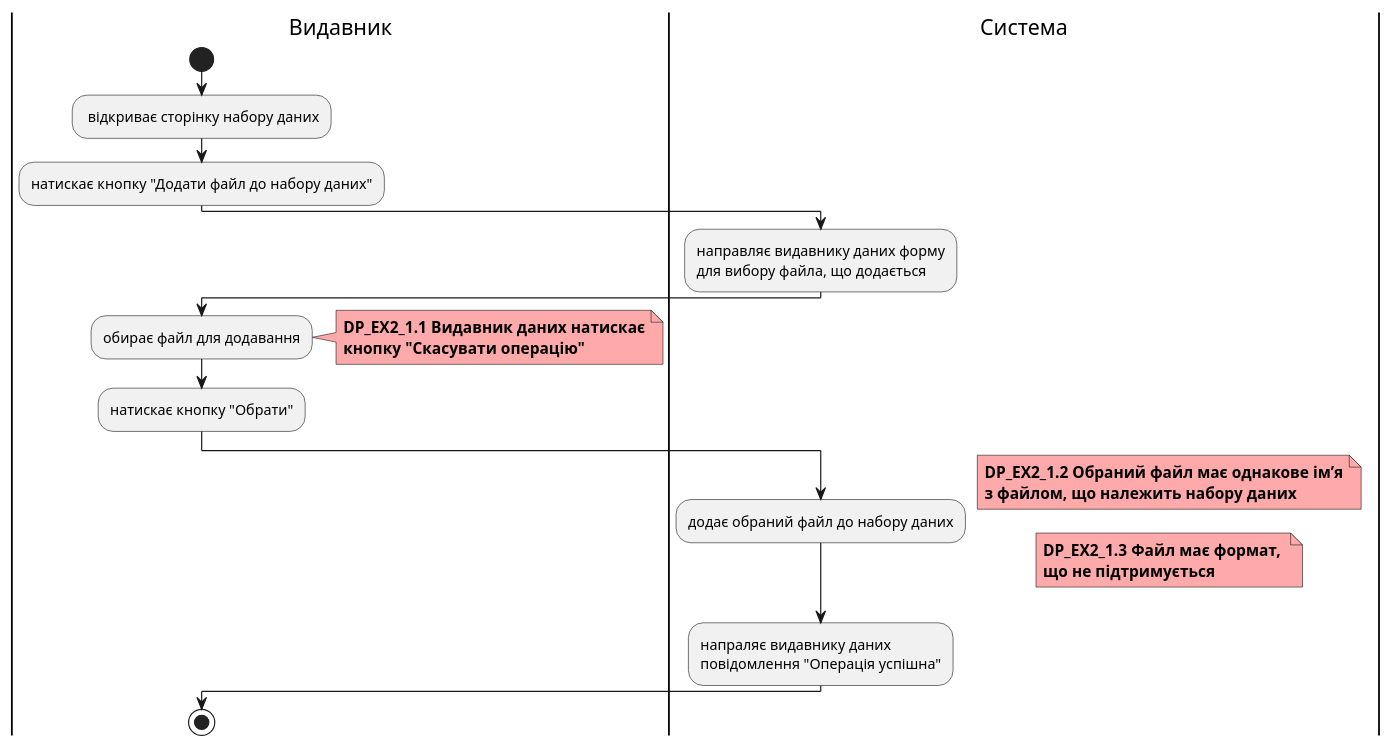
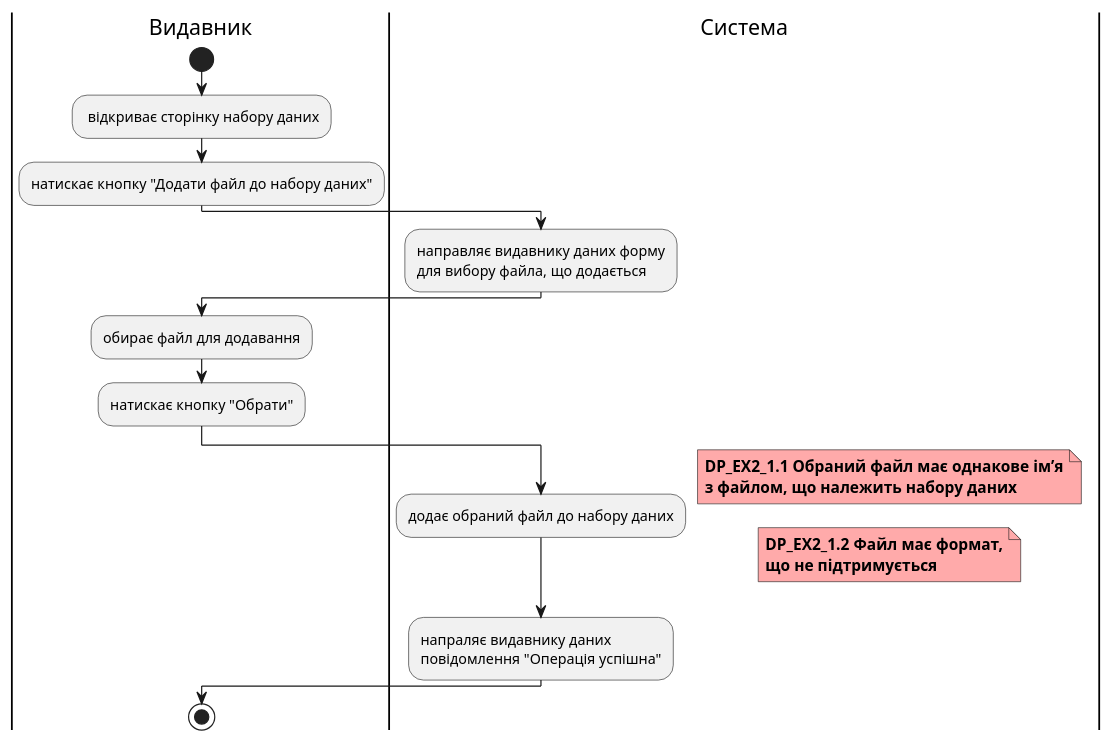
Before and after one commit to boldak/edu-db-cw: the second of 4 diagrams in docs/use cases/DataPublisher.md, drawn with PlantUML. The commit also changed other lines of this file and 1 other file, not shown here.

```diff
--- a/docs/use cases/DataPublisher.md
+++ b/docs/use cases/DataPublisher.md
@@ -93,32 +80,28 @@
 @startuml
 
     |Видавник|
         start
         : відкриває сторінку набору даних;
         :натискає кнопку "Додати файл до набору даних";
     |Система|
         :направляє видавнику даних форму
         для вибору файла, що додається;
     |Видавник|
         :обирає файл для додавання;
-        note right #ffaaaa
-        <b>DP_EX2_1.1 Видавник даних натискає
-        <b>кнопку "Скасувати операцію"
-        end note
         :натискає кнопку "Обрати";
     |Система|
         :додає обраний файл до набору даних;
         note right #ffaaaa
-        <b>DP_EX2_1.2 Обраний файл має однакове ім’я
+        <b>DP_EX2_1.1 Обраний файл має однакове ім’я
         <b>з файлом, що належить набору даних
         end note
         note right #ffaaaa
-        <b>DP_EX2_1.3 Файл має формат, 
-        <b>що не підтримується 
+        <b>DP_EX2_1.2 Файл має формат,
+        <b>що не підтримується
         end note
         :напраляє видавнику даних
-        повідомлення "Операція успішна"; 
+        повідомлення "Операція успішна";
     |Видавник|
     stop;
 
 @enduml
```
